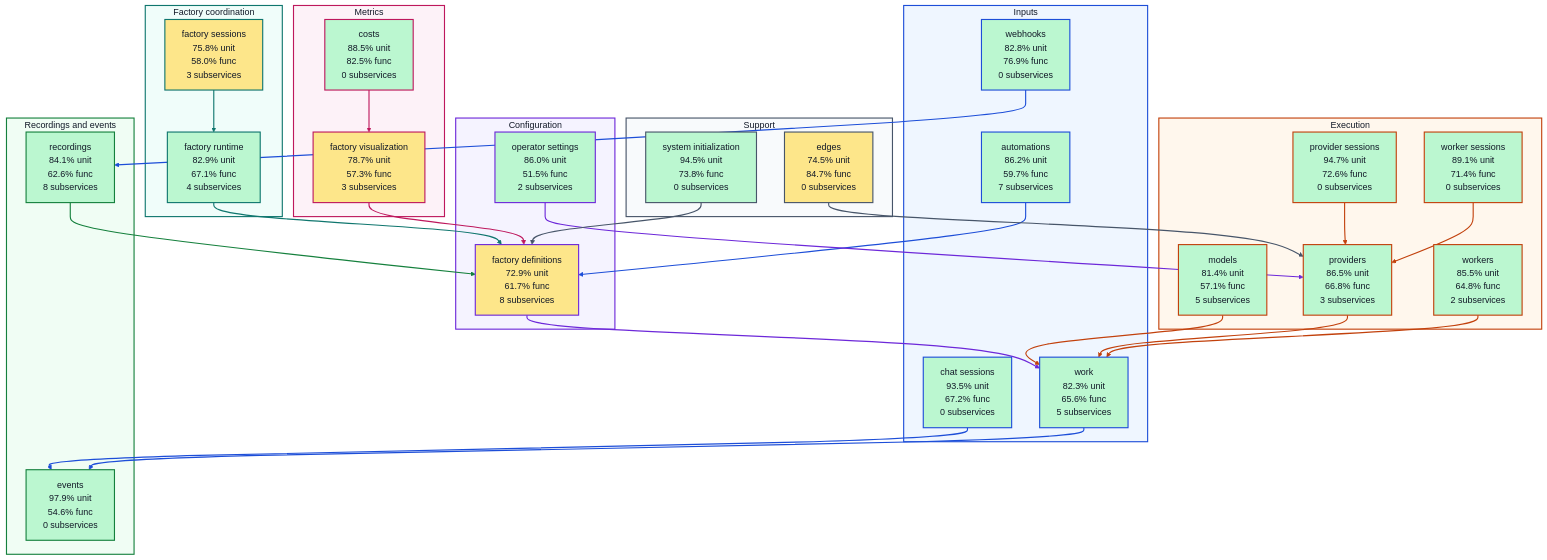
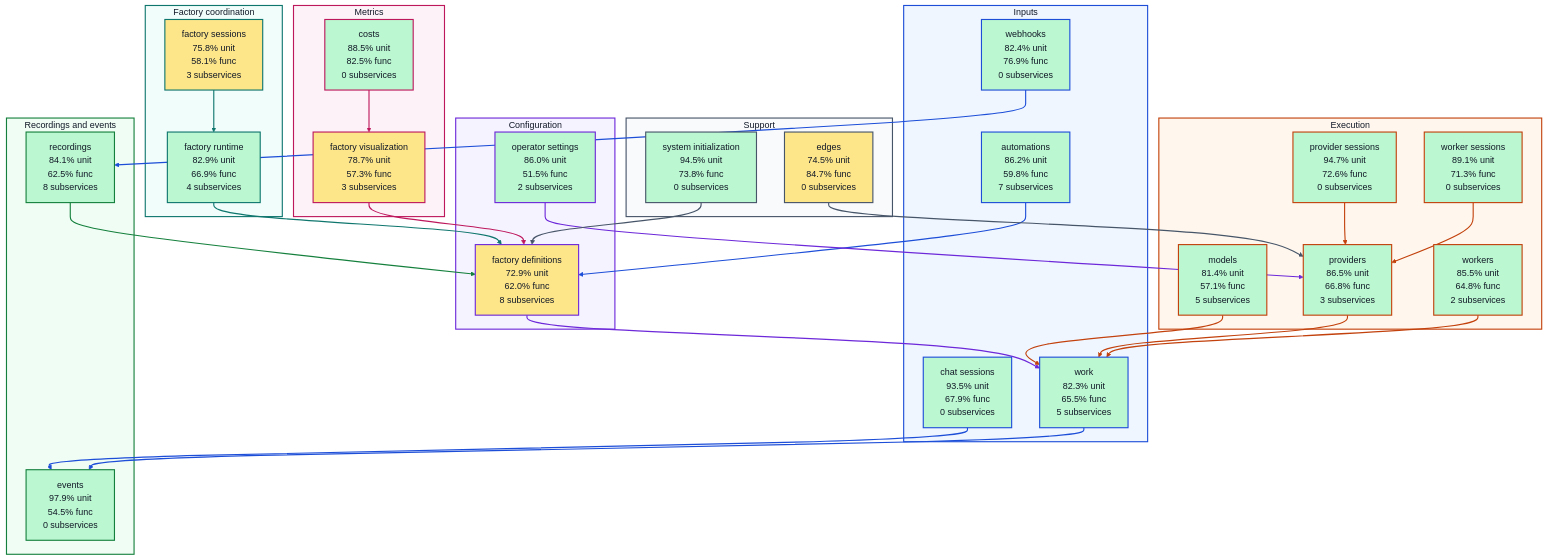
The diagram in docs/architecture/visualizations/high-level-test-coverage.md (portpowered/you-agent-factory), drawn with Mermaid before and after one commit. The commit also changed other lines of this file and 20 other files, not shown here.

Commit message:
docs: refresh backend architecture visualizations

````diff
--- a/docs/architecture/visualizations/high-level-test-coverage.md
+++ b/docs/architecture/visualizations/high-level-test-coverage.md
@@ -11,29 +11,29 @@
 ```mermaid
 flowchart TB
   subgraph input["Inputs"]
-    s_services_automations["automations<br/>86.2% unit<br/>59.7% func<br/>7 subservices"]
-    s_services_chat_sessions["chat sessions<br/>93.5% unit<br/>67.2% func<br/>0 subservices"]
-    s_services_webhooks["webhooks<br/>82.8% unit<br/>76.9% func<br/>0 subservices"]
-    s_services_work["work<br/>82.3% unit<br/>65.6% func<br/>5 subservices"]
+    s_services_automations["automations<br/>86.2% unit<br/>59.8% func<br/>7 subservices"]
+    s_services_chat_sessions["chat sessions<br/>93.5% unit<br/>67.9% func<br/>0 subservices"]
+    s_services_webhooks["webhooks<br/>82.4% unit<br/>76.9% func<br/>0 subservices"]
+    s_services_work["work<br/>82.3% unit<br/>65.5% func<br/>5 subservices"]
   end
   subgraph configuration["Configuration"]
-    s_services_factory_definitions["factory definitions<br/>72.9% unit<br/>61.7% func<br/>8 subservices"]
+    s_services_factory_definitions["factory definitions<br/>72.9% unit<br/>62.0% func<br/>8 subservices"]
     s_services_operator_settings["operator settings<br/>86.0% unit<br/>51.5% func<br/>2 subservices"]
   end
   subgraph coordination["Factory coordination"]
-    s_services_factory_runtime["factory runtime<br/>82.9% unit<br/>67.1% func<br/>4 subservices"]
-    s_services_factory_sessions["factory sessions<br/>75.8% unit<br/>58.0% func<br/>3 subservices"]
+    s_services_factory_runtime["factory runtime<br/>82.9% unit<br/>66.9% func<br/>4 subservices"]
+    s_services_factory_sessions["factory sessions<br/>75.8% unit<br/>58.1% func<br/>3 subservices"]
   end
   subgraph execution["Execution"]
     s_services_models["models<br/>81.4% unit<br/>57.1% func<br/>5 subservices"]
     s_services_provider_sessions["provider sessions<br/>94.7% unit<br/>72.6% func<br/>0 subservices"]
     s_services_providers["providers<br/>86.5% unit<br/>66.8% func<br/>3 subservices"]
-    s_services_worker_sessions["worker sessions<br/>89.1% unit<br/>71.4% func<br/>0 subservices"]
+    s_services_worker_sessions["worker sessions<br/>89.1% unit<br/>71.3% func<br/>0 subservices"]
     s_services_workers["workers<br/>85.5% unit<br/>64.8% func<br/>2 subservices"]
   end
   subgraph recordings["Recordings and events"]
-    s_services_events["events<br/>97.9% unit<br/>54.6% func<br/>0 subservices"]
-    s_services_recordings["recordings<br/>84.1% unit<br/>62.6% func<br/>8 subservices"]
+    s_services_events["events<br/>97.9% unit<br/>54.5% func<br/>0 subservices"]
+    s_services_recordings["recordings<br/>84.1% unit<br/>62.5% func<br/>8 subservices"]
   end
   subgraph metrics["Metrics"]
     s_services_costs["costs<br/>88.5% unit<br/>82.5% func<br/>0 subservices"]
````
